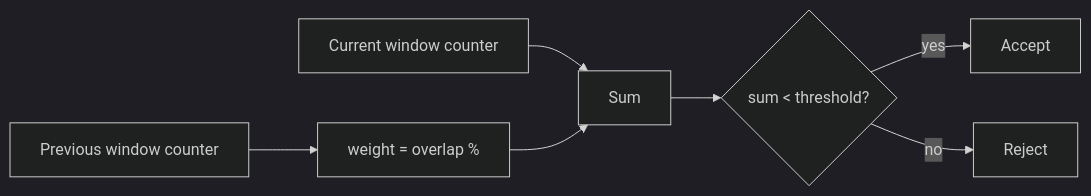
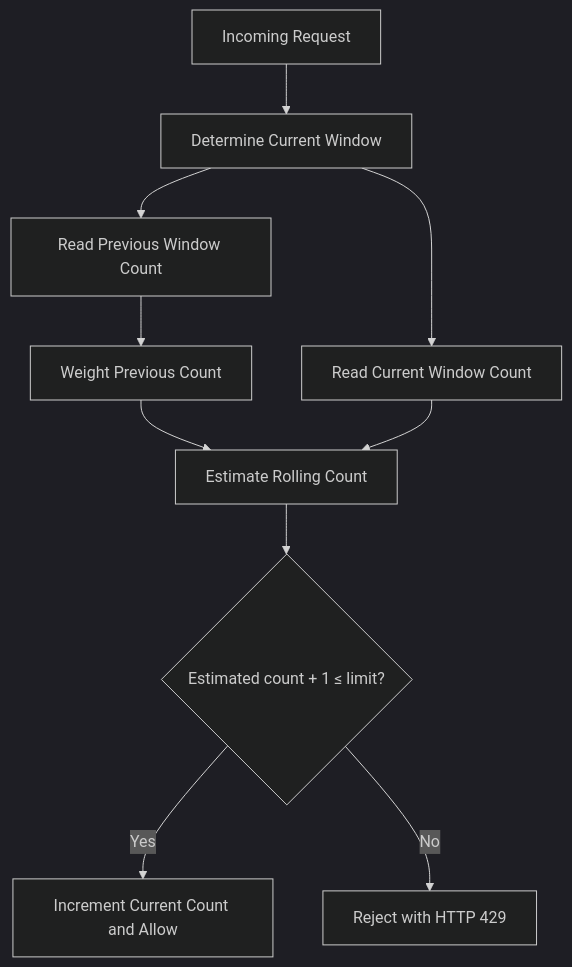
Before and after one commit to HARRISAMIN432/system-design-hld: the eighth of 9 diagrams in 12_Rate_limiting/README.md, drawn with Mermaid (dark theme). The commit also changed other lines of this file and 11 other files, not shown here.

````diff
--- a/12_Rate_limiting/README.md
+++ b/12_Rate_limiting/README.md
@@ -333,9 +1011,14 @@
 ```mermaid
-flowchart LR
-    P["Previous window counter"] --> F["weight = overlap %"]
-    C["Current window counter"] --> S["Sum"]
-    F --> S
-    S --> D{"sum < threshold?"}
-    D -- "yes" --> OK["Accept"]
-    D -- "no" --> NO["Reject"]
+flowchart TD
+    R["Incoming Request"] --> T["Determine Current Window"]
+    T --> P["Read Previous Window Count"]
+    T --> C["Read Current Window Count"]
+
+    P --> W["Weight Previous Count"]
+    W --> S["Estimate Rolling Count"]
+    C --> S
+
+    S --> D{"Estimated count + 1 ≤ limit?"}
+    D -->|"Yes"| A["Increment Current Count and Allow"]
+    D -->|"No"| X["Reject with HTTP 429"]
 ```
````
